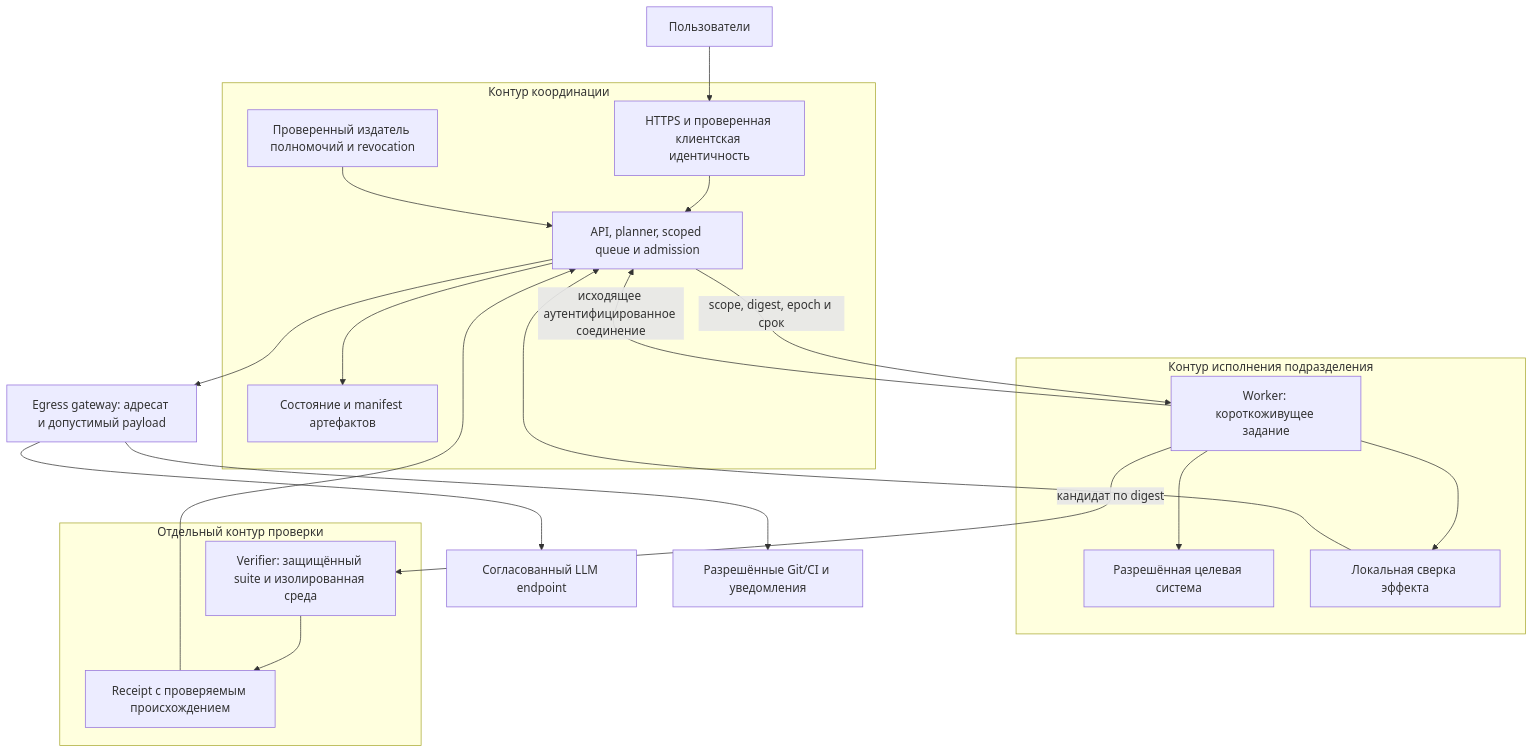
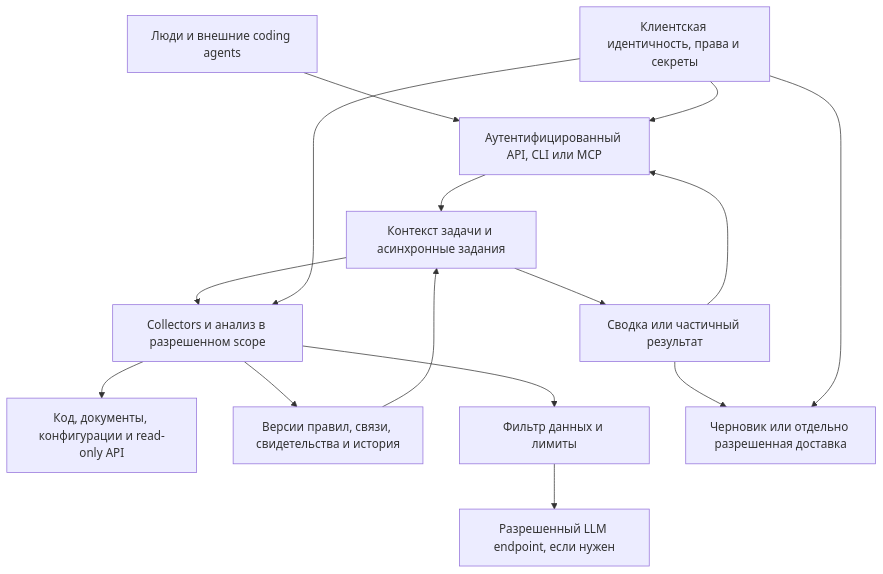
Before and after one commit to rengalaxies/agent: the eighth of 9 diagrams in docs/product-architecture-2026-10-20.md, drawn with Mermaid. The commit also changed other lines of this file and 23 other files, not shown here.

Commit message:
docs: revise advisory architecture and pre-task constitution with nine validated diagrams

````diff
--- a/docs/product-architecture-2026-10-20.md
+++ b/docs/product-architecture-2026-10-20.md
@@ -189,24 +326,17 @@
 ```mermaid
 flowchart TD
-  U["Пользователи"] --> I["HTTPS и проверенная клиентская идентичность"]
-  subgraph CT["Контур координации"]
-    I --> C["API, planner, scoped queue и admission"]
-    C --> D["Состояние и manifest артефактов"]
-    A["Проверенный издатель полномочий и revocation"] --> C
-  end
-  subgraph EX["Контур исполнения подразделения"]
-    W["Worker: короткоживущее задание"] --> T["Разрешённая целевая система"]
-    W --> O["Локальная сверка эффекта"]
-  end
-  subgraph EV["Отдельный контур проверки"]
-    V["Verifier: защищённый suite и изолированная среда"] --> R["Receipt с проверяемым происхождением"]
-  end
-  W -->|"исходящее аутентифицированное соединение"| C
-  C -->|"scope, digest, epoch и срок"| W
-  W -->|"кандидат по digest"| V
-  R --> C
-  O --> C
-  C --> G["Egress gateway: адресат и допустимый payload"]
-  G --> M["Согласованный LLM endpoint"]
-  G --> N["Разрешённые Git/CI и уведомления"]
+  U["Люди и внешние coding agents"] --> API["Аутентифицированный API, CLI или MCP"]
+  API --> Q["Контекст задачи и асинхронные задания"]
+  Q --> W["Collectors и анализ в разрешенном scope"]
+  W --> S["Код, документы, конфигурации и read-only API"]
+  W --> D["Версии правил, связи, свидетельства и история"]
+  D --> Q
+  W --> G["Фильтр данных и лимиты"]
+  G --> L["Разрешенный LLM endpoint, если нужен"]
+  Q --> R["Сводка или частичный результат"]
+  R --> API
+  R --> N["Черновик или отдельно разрешенная доставка"]
+  I["Клиентская идентичность, права и секреты"] --> API
+  I --> W
+  I --> N
 ```
````
